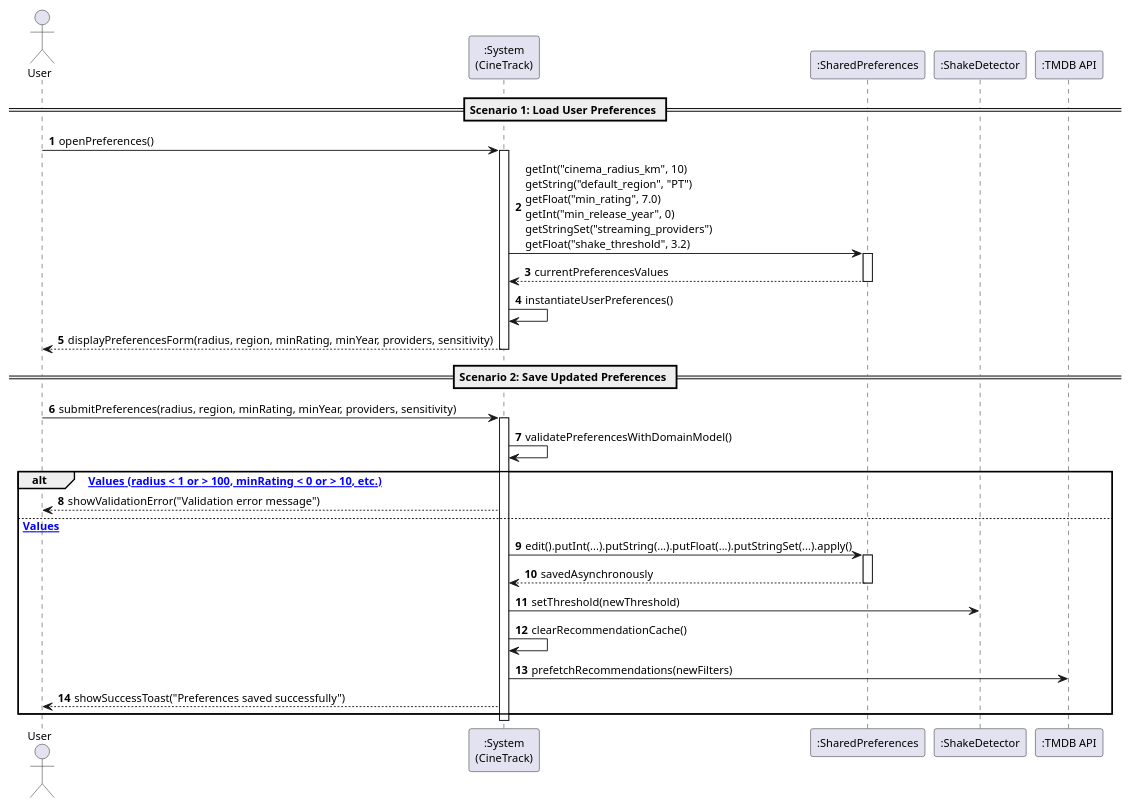
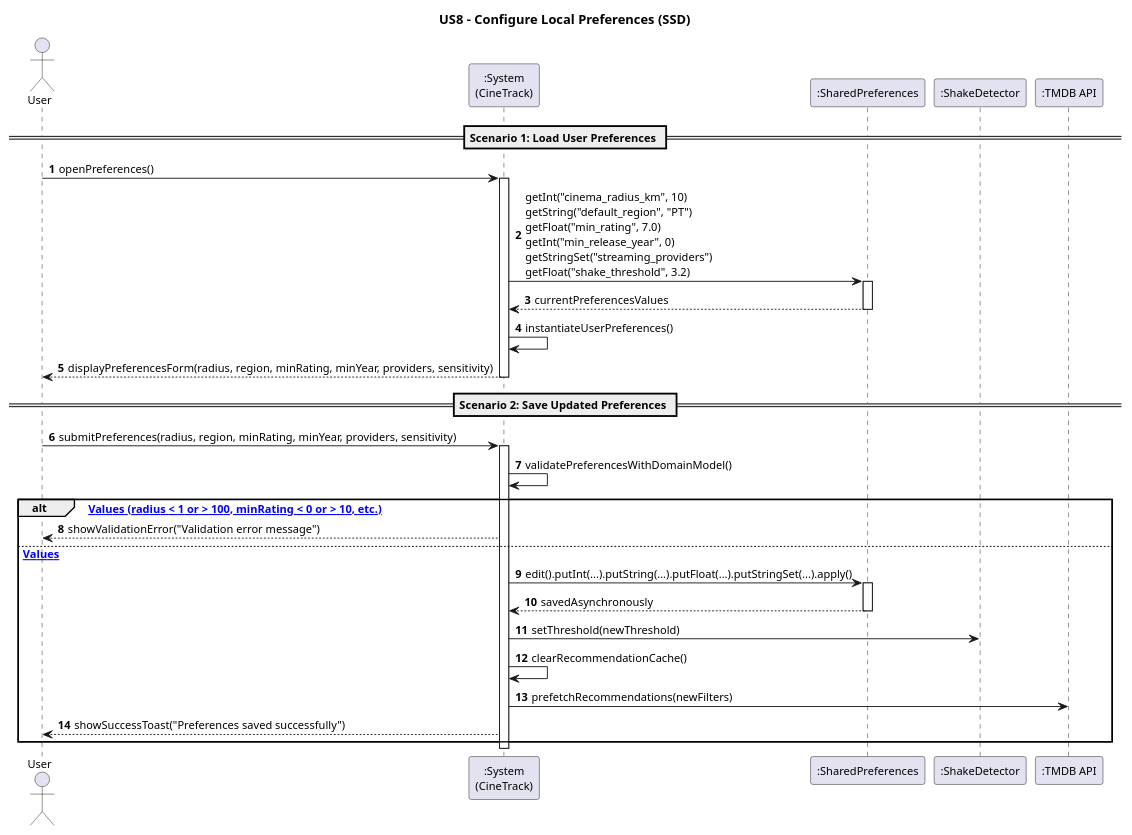
One commit to Andre-1240567/DSSMV_ProjectDroid_1240567_1241013 changed the diagram in docs/Use Cases/US8/puml/ssd_us8_preferences.puml. Above: the diagram before and after it, drawn with PlantUML. The commit also changed 62 other files, not shown here.

Commit message:
docs: add standard 'USX - (Functionality)' titles to all sequence diagrams

```diff
--- a/docs/Use Cases/US8/puml/ssd_us8_preferences.puml
+++ b/docs/Use Cases/US8/puml/ssd_us8_preferences.puml
@@ -1,53 +1,55 @@
 @startuml
 skinparam monochrome false
 skinparam shadowing false
 skinparam defaultFontName "Helvetica, Arial, sans-serif"
 skinparam defaultFontSize 12
+
+title US8 - Configure Local Preferences (SSD)
 
 actor "User" as User
 participant ":System\n(CineTrack)" as System
 participant ":SharedPreferences" as Prefs
 participant ":ShakeDetector" as Shake
 participant ":TMDB API" as TMDB
 
 autonumber
 
 == Scenario 1: Load User Preferences ==
 
 User -> System : openPreferences()
 activate System
 
 System -> Prefs : getInt("cinema_radius_km", 10)\ngetString("default_region", "PT")\ngetFloat("min_rating", 7.0)\ngetInt("min_release_year", 0)\ngetStringSet("streaming_providers")\ngetFloat("shake_threshold", 3.2)
 activate Prefs
 Prefs --> System : currentPreferencesValues
 deactivate Prefs
 
 System -> System : instantiateUserPreferences()
 System --> User : displayPreferencesForm(radius, region, minRating, minYear, providers, sensitivity)
 deactivate System
 
 == Scenario 2: Save Updated Preferences ==
 
 User -> System : submitPreferences(radius, region, minRating, minYear, providers, sensitivity)
 activate System
 
 System -> System : validatePreferencesWithDomainModel()
 
 alt [Invalid Values (radius < 1 or > 100, minRating < 0 or > 10, etc.)]
     System --> User : showValidationError("Validation error message")
 else [Valid Values]
     System -> Prefs : edit().putInt(...).putString(...).putFloat(...).putStringSet(...).apply()
     activate Prefs
     Prefs --> System : savedAsynchronously
     deactivate Prefs
     
     System -> Shake : setThreshold(newThreshold)
     System -> System : clearRecommendationCache()
     System -> TMDB : prefetchRecommendations(newFilters)
     
     System --> User : showSuccessToast("Preferences saved successfully")
 end
 
 deactivate System
 
 @enduml
```
